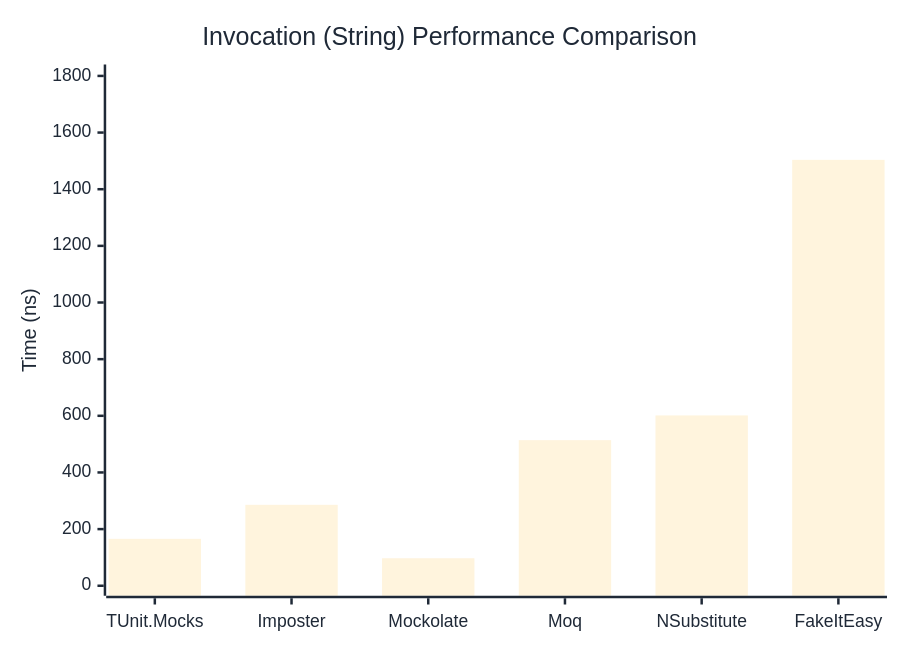
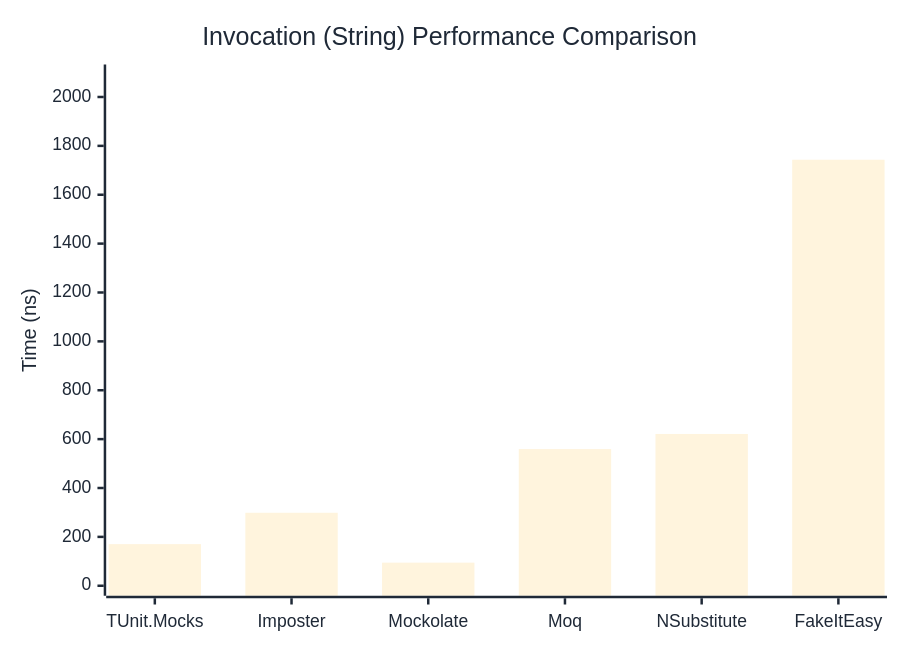
One commit to thomhurst/TUnit changed the second of 3 diagrams in docs/docs/benchmarks/mocks/Invocation.md. Above: the diagram before and after it, drawn with Mermaid. The commit also changed other lines of this file and 14 other files, not shown here.

````diff
--- a/docs/docs/benchmarks/mocks/Invocation.md
+++ b/docs/docs/benchmarks/mocks/Invocation.md
@@ -71,27 +71,27 @@
 ```mermaid
 %%{init: {
   'theme':'base',
   'themeVariables': {
     'primaryColor': '#2563eb',
     'primaryTextColor': '#1f2937',
     'primaryBorderColor': '#1e40af',
     'lineColor': '#6b7280',
     'secondaryColor': '#7c3aed',
     'tertiaryColor': '#dc2626',
     'background': '#ffffff',
     'pie1': '#2563eb',
     'pie2': '#7c3aed',
     'pie3': '#dc2626',
     'pie4': '#f59e0b',
     'pie5': '#10b981',
     'pie6': '#06b6d4',
     'pie7': '#ec4899',
     'pie8': '#6366f1'
   }
 }}%%
 xychart-beta
   title "Invocation (String) Performance Comparison"
   x-axis ["TUnit.Mocks", "Imposter", "Mockolate", "Moq", "NSubstitute", "FakeItEasy"]
-  y-axis "Time (ns)" 0 --> 1805
-  bar [165.63, 285.75, 97.13, 514.02, 601.32, 1503.7]
+  y-axis "Time (ns)" 0 --> 2092
+  bar [170.31, 298.67, 94.48, 559.29, 621.08, 1743.22]
 ```
````
